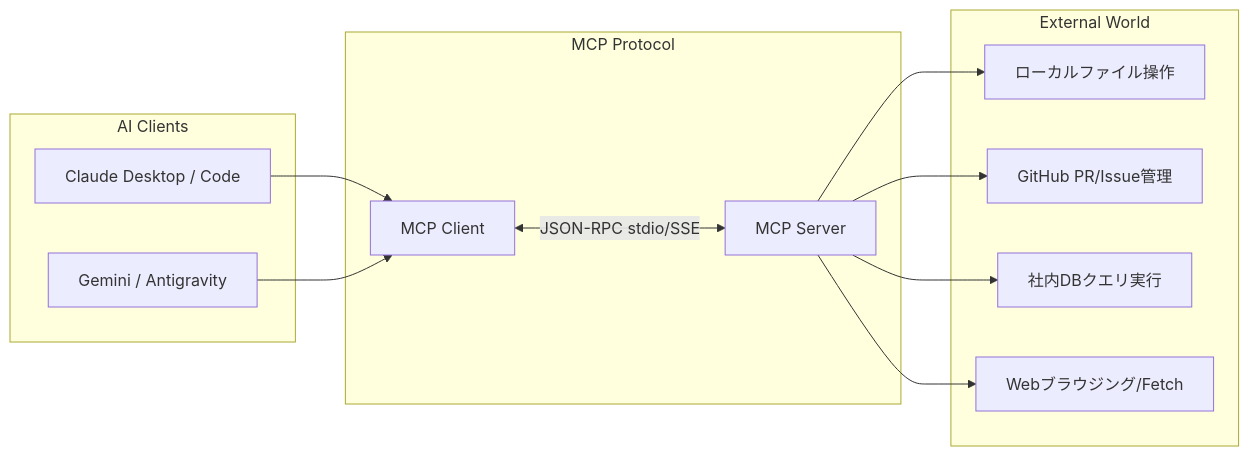
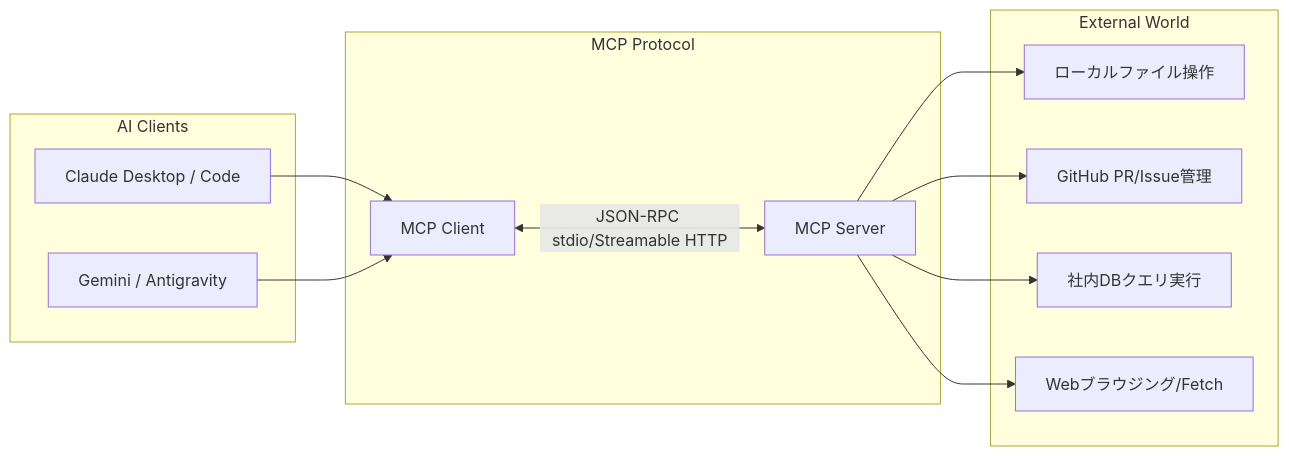
One commit to nakamotohiroshi-biz-team/howto-canvas changed the diagram in src/content/docs/ai/mcp/guide.md. Above: the diagram before and after it, drawn with Mermaid. The commit also changed other lines of this file and 7 other files, not shown here.

````diff
--- a/src/content/docs/ai/mcp/guide.md
+++ b/src/content/docs/ai/mcp/guide.md
@@ -18,18 +18,18 @@
 ```mermaid
 graph LR
     subgraph AI Clients
         A[Claude Desktop / Code]
         B[Gemini / Antigravity]
     end
     subgraph MCP Protocol
-        C[MCP Client] <-->|JSON-RPC stdio/SSE| D[MCP Server]
+        C[MCP Client] <-->|JSON-RPC stdio/Streamable HTTP| D[MCP Server]
     end
     subgraph External World
         D --> E[ローカルファイル操作]
         D --> F[GitHub PR/Issue管理]
         D --> G[社内DBクエリ実行]
         D --> H[Webブラウジング/Fetch]
     end
     A --> C
     B --> C
 ```
````
